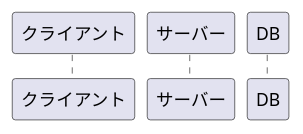
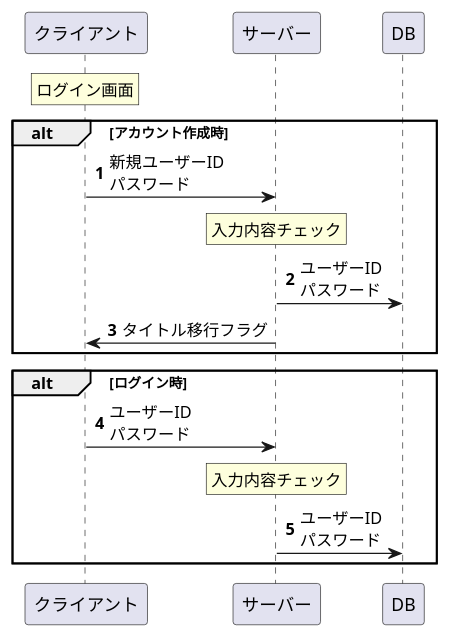
Before and after one commit to Ria2421/clicker-cook: the diagram in memo/clickClicker.puml, drawn with PlantUML. The commit also changed 6 other files, not shown here.

Commit message:
ログイン画面のシーケンス図を更新

```diff
--- a/memo/clickClicker.puml
+++ b/memo/clickClicker.puml
@@ -1,11 +1,29 @@
 @startuml
 'https://plantuml.com/sequence-diagram
 
 participant クライアント
 participant サーバー
 participant DB
 
 autonumber
 
+rnote over クライアント:ログイン画面
+
+alt アカウント作成時
+
+クライアント -> サーバー:新規ユーザーID\nパスワード
+rnote over サーバー:入力内容チェック
+サーバー -> DB:ユーザーID\nパスワード
+サーバー -> クライアント:タイトル移行フラグ
+
+end
+
+alt ログイン時
+
+クライアント -> サーバー:ユーザーID\nパスワード
+rnote over サーバー:入力内容チェック
+サーバー -> DB:ユーザーID\nパスワード
+
+end
 
 @enduml
```
